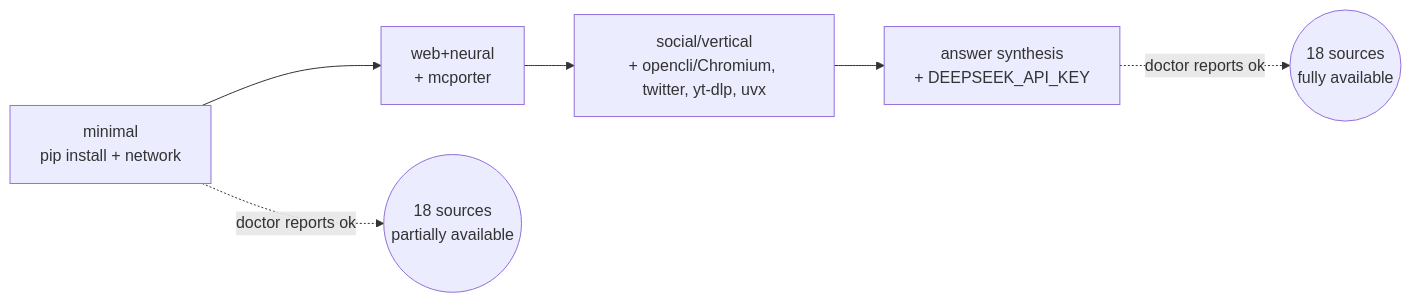
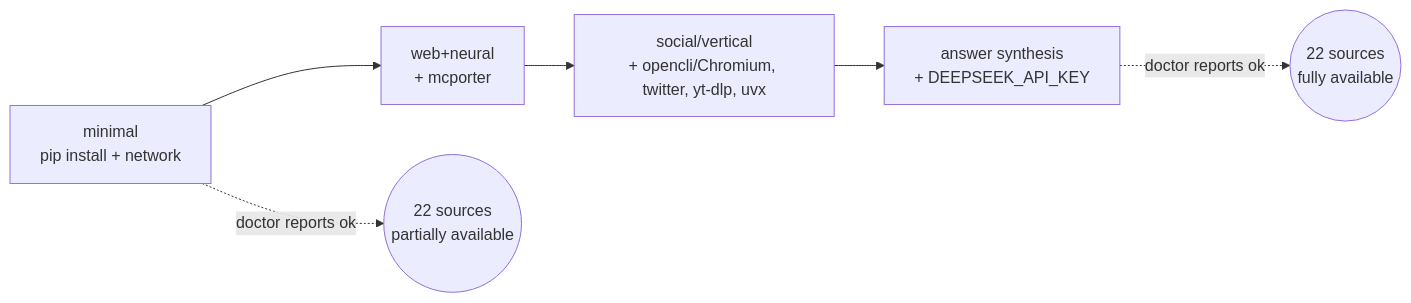
Before and after one commit to kbjama8/search-gateway: the second of 3 diagrams in docs/deployment.md, drawn with Mermaid. The commit also changed other lines of this file and 47 other files, not shown here.

````diff
--- a/docs/deployment.md
+++ b/docs/deployment.md
@@ -32,8 +32,8 @@
 ```mermaid
 flowchart LR
     T0["minimal<br/>pip install + network"] --> T1["web+neural<br/>+ mcporter"]
     T1 --> T2["social/vertical<br/>+ opencli/Chromium, twitter, yt-dlp, uvx"]
     T2 --> T3["answer synthesis<br/>+ DEEPSEEK_API_KEY"]
-    T0 -.->|"doctor reports ok"| D0(("18 sources<br/>partially available"))
-    T3 -.->|"doctor reports ok"| D3(("18 sources<br/>fully available"))
+    T0 -.->|"doctor reports ok"| D0(("22 sources<br/>partially available"))
+    T3 -.->|"doctor reports ok"| D3(("22 sources<br/>fully available"))
 ```
````
